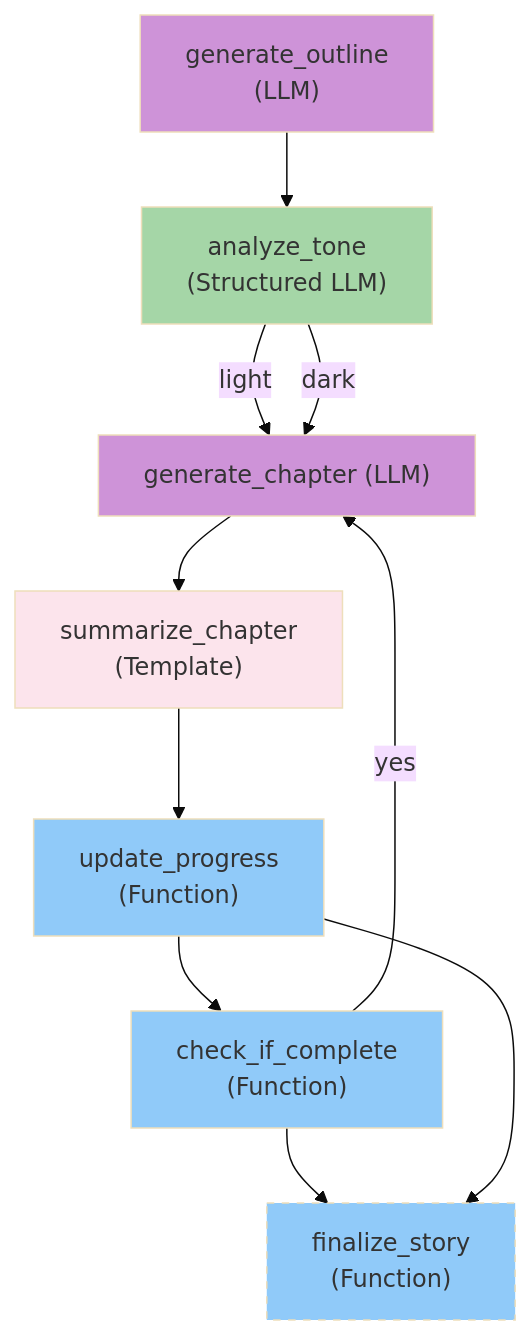
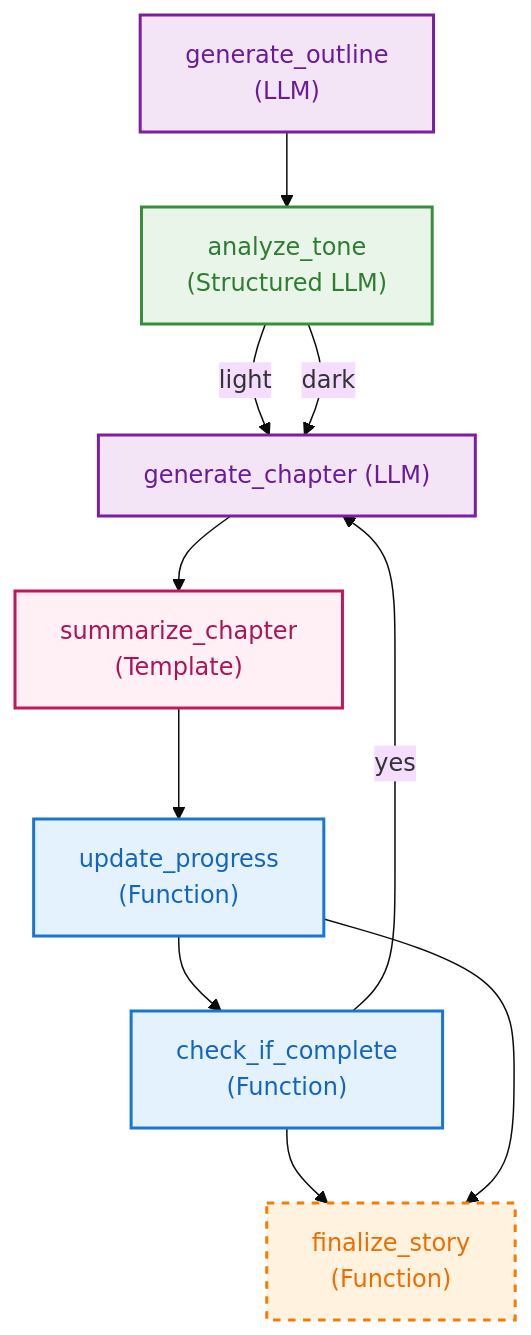
Before and after one commit to quantalogic/quantalogic: the sixth of 6 diagrams in quantalogic_flow/README.md, drawn with Mermaid (base theme). The commit also changed other lines of this file and 1 other file, not shown here.

Commit message:
style: update color scheme for Mermaid diagrams to enhance readability and accessibility

````diff
--- a/quantalogic_flow/README.md
+++ b/quantalogic_flow/README.md
@@ -899,19 +927,19 @@
 ```mermaid
 graph TD
     A["generate_outline<br>(LLM)"] --> B["analyze_tone<br>(Structured LLM)"]
     B -->|light| C["generate_chapter (LLM)"]
     B -->|dark| C
     C --> D["summarize_chapter<br>(Template)"]
     D --> E["update_progress<br>(Function)"]
     E --> F["check_if_complete<br>(Function)"]
     F -->|yes| C
     F --> G["finalize_story<br>(Function)"]
     E --> G
-    style A fill:#CE93D8
-    style B fill:#A5D6A7
-    style C fill:#CE93D8
-    style D fill:#FCE4EC
-    style E fill:#90CAF9
-    style F fill:#90CAF9
-    style G fill:#90CAF9,stroke-dasharray:5 5
+    style A fill:#F3E5F5,stroke:#7B1FA2,stroke-width:2px,color:#6A1B9A
+    style B fill:#E8F5E8,stroke:#388E3C,stroke-width:2px,color:#2E7D32
+    style C fill:#F3E5F5,stroke:#7B1FA2,stroke-width:2px,color:#6A1B9A
+    style D fill:#FFF0F5,stroke:#C2185B,stroke-width:2px,color:#AD1457
+    style E fill:#E3F2FD,stroke:#1976D2,stroke-width:2px,color:#1565C0
+    style F fill:#E3F2FD,stroke:#1976D2,stroke-width:2px,color:#1565C0
+    style G fill:#FFF3E0,stroke:#F57C00,stroke-width:2px,color:#EF6C00,stroke-dasharray:5 5
 ```
````
